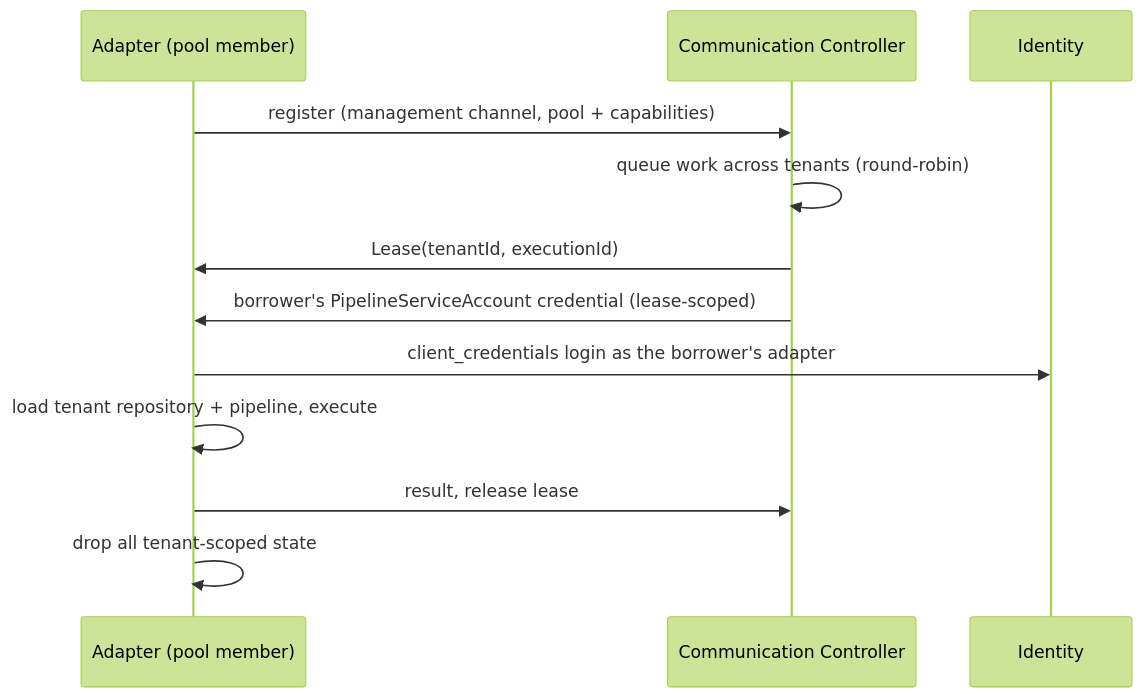
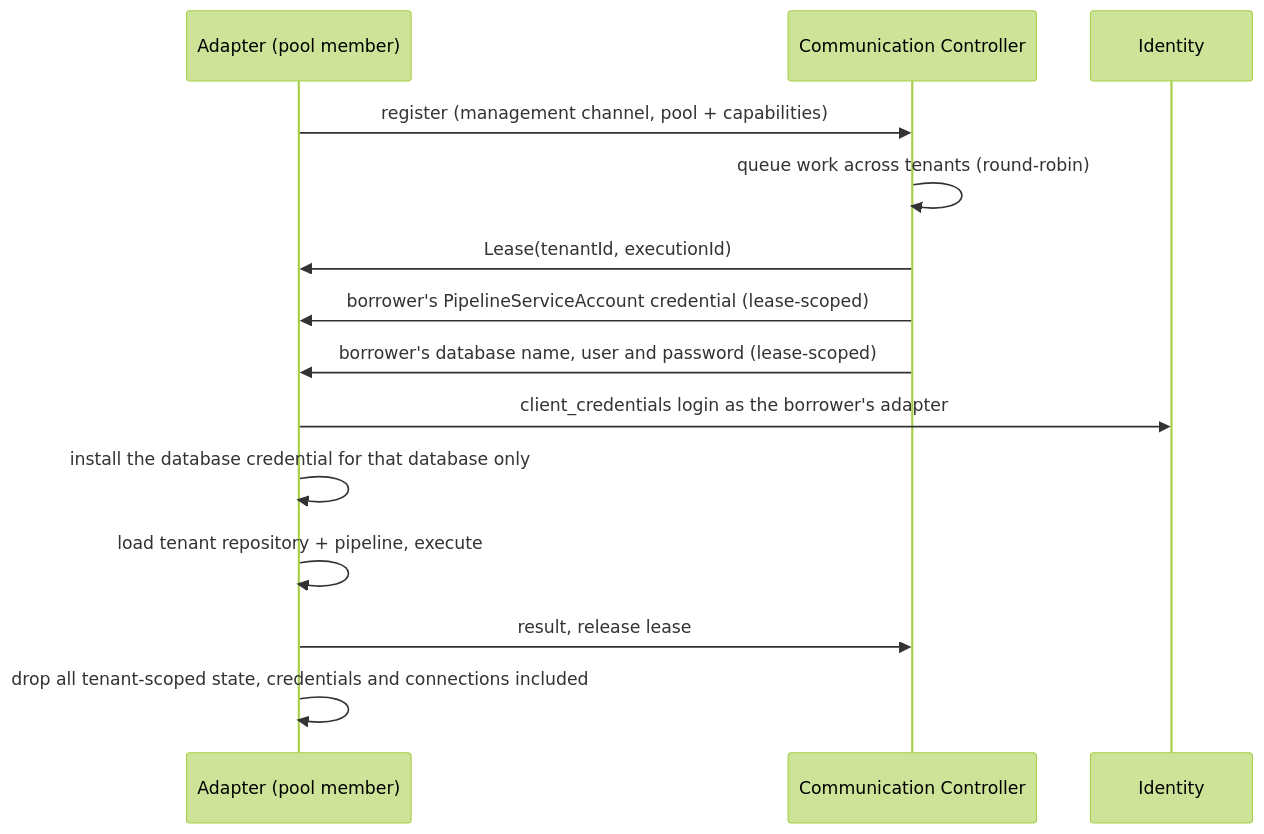
One commit to meshmakers/octo-communication-controller-services changed the second of 2 diagrams in docs/concepts/shared-adapter-leasing.md. Above: the diagram before and after it, drawn with Mermaid (forest theme). The commit also changed other lines of this file and 10 other files, not shown here.

````diff
--- a/docs/concepts/shared-adapter-leasing.md
+++ b/docs/concepts/shared-adapter-leasing.md
@@ -155,14 +155,16 @@
 ```mermaid
 sequenceDiagram
     participant A as Adapter (pool member)
     participant C as Communication Controller
     participant I as Identity
     A->>C: register (management channel, pool + capabilities)
     C->>C: queue work across tenants (round-robin)
     C->>A: Lease(tenantId, executionId)
     C->>A: borrower's PipelineServiceAccount credential (lease-scoped)
+    C->>A: borrower's database name, user and password (lease-scoped)
     A->>I: client_credentials login as the borrower's adapter
+    A->>A: install the database credential for that database only
     A->>A: load tenant repository + pipeline, execute
     A->>C: result, release lease
-    A->>A: drop all tenant-scoped state
+    A->>A: drop all tenant-scoped state, credentials and connections included
 ```
````
